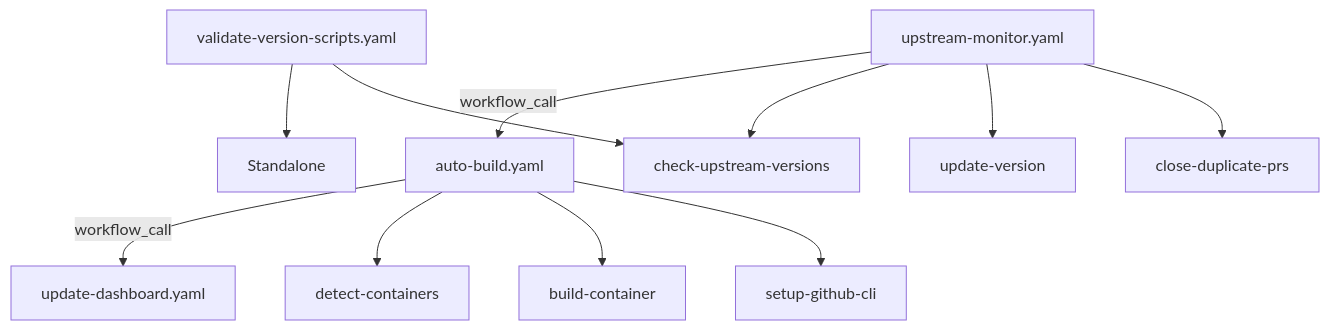
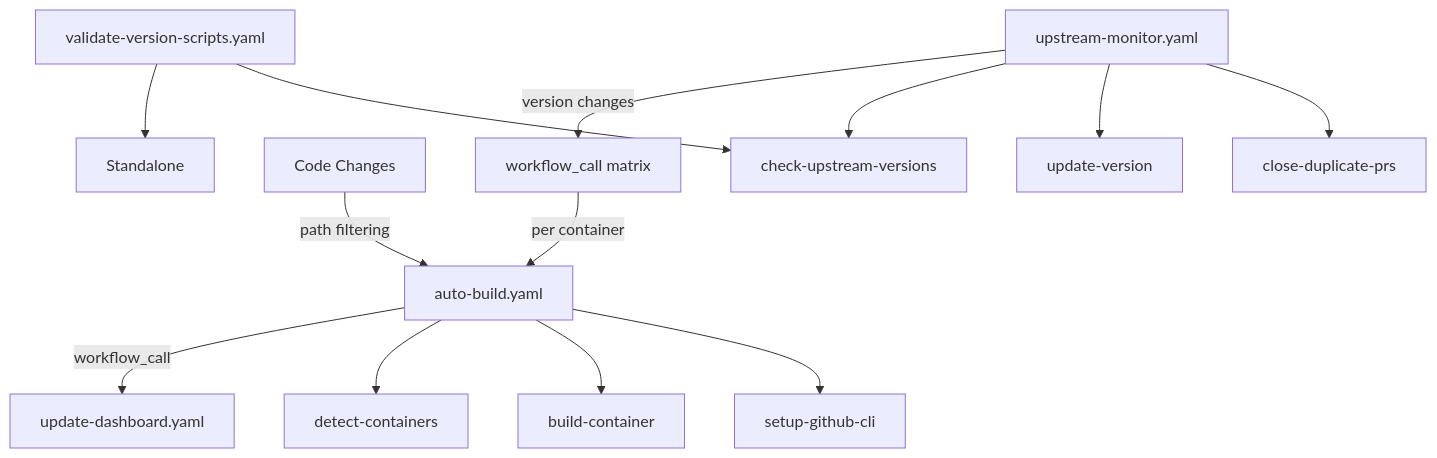
Before and after one commit to oorabona/docker-containers: the diagram in docs/GITHUB_ACTIONS.md, drawn with Mermaid. The commit also changed other lines of this file and 3 other files, not shown here.

Commit message:
refact: trigger autobuild workflow within build matrix

````diff
--- a/docs/GITHUB_ACTIONS.md
+++ b/docs/GITHUB_ACTIONS.md
@@ -28,16 +28,19 @@
 ```mermaid
 graph TD
-    A[upstream-monitor.yaml] -->|workflow_call| B[auto-build.yaml]
-    B -->|workflow_call| C[update-dashboard.yaml]
-    D[validate-version-scripts.yaml] --> E[Standalone]
+    A[upstream-monitor.yaml] -->|version changes| B[workflow_call matrix]
+    B -->|per container| C[auto-build.yaml]
+    C -->|workflow_call| D[update-dashboard.yaml]
     
-    A --> F[check-upstream-versions]
-    A --> G[update-version]
-    A --> H[close-duplicate-prs]
+    E[Code Changes] -->|path filtering| C
+    F[validate-version-scripts.yaml] --> G[Standalone]
     
-    B --> I[detect-containers]
-    B --> J[build-container]
-    B --> K[setup-github-cli]
+    A --> H[check-upstream-versions]
+    A --> I[update-version]
+    A --> J[close-duplicate-prs]
     
-    D --> F
+    C --> K[detect-containers]
+    C --> L[build-container]
+    C --> M[setup-github-cli]
+    
+    F --> H
 ```
````
